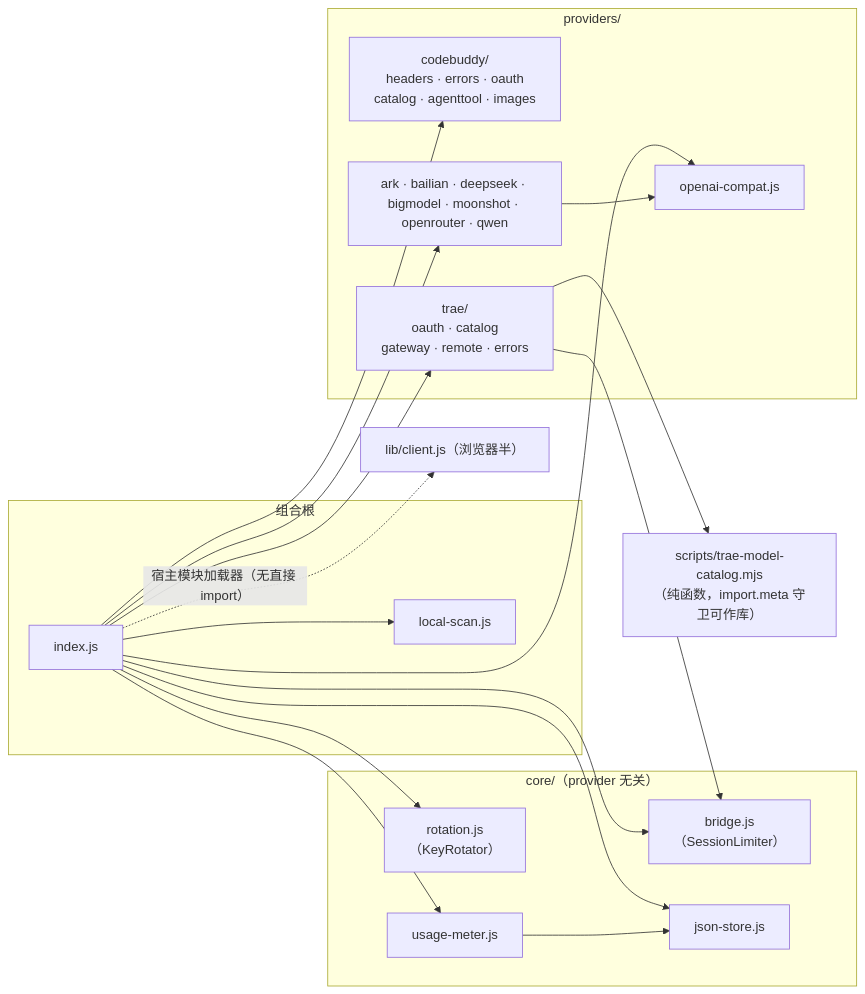
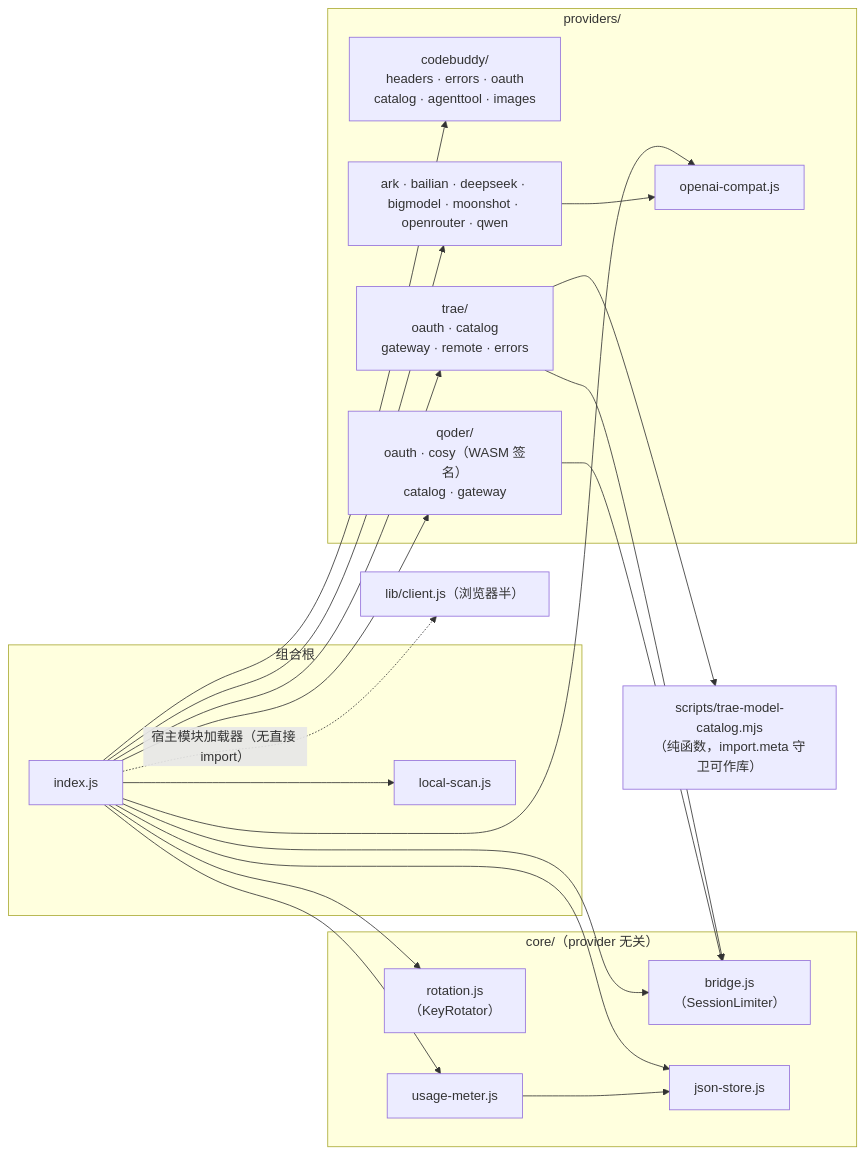
The diagram in wiki/09-run-and-test.md (taikaikaikai-pixel/dsh-codebuddy-plugin), drawn with Mermaid before and after one commit. The commit also changed other lines of this file and 8 other files, not shown here.

````diff
--- a/wiki/09-run-and-test.md
+++ b/wiki/09-run-and-test.md
@@ -88,36 +90,39 @@
 ```mermaid
 flowchart LR
     subgraph ROOT["组合根"]
         INDEX["index.js"]
         LOCAL["local-scan.js"]
     end
     subgraph CORE["core/（provider 无关）"]
         BRIDGE["bridge.js<br/>（SessionLimiter）"]
         ROT["rotation.js<br/>（KeyRotator）"]
         METER["usage-meter.js"]
         JS["json-store.js"]
     end
     subgraph PROV["providers/"]
         CB["codebuddy/<br/>headers · errors · oauth<br/>catalog · agenttool · images"]
         TR["trae/<br/>oauth · catalog<br/>gateway · remote · errors"]
+        QO["qoder/<br/>oauth · cosy（WASM 签名）<br/>catalog · gateway"]
         OC["openai-compat.js"]
         PRE["ark · bailian · deepseek · bigmodel · moonshot · openrouter · qwen"]
     end
     SCRIPT["scripts/trae-model-catalog.mjs<br/>（纯函数，import.meta 守卫可作库）"]
     CLIENT["lib/client.js（浏览器半）"]
 
     INDEX --> JS
     INDEX --> ROT
     INDEX --> METER
     INDEX --> BRIDGE
     INDEX --> CB
     INDEX --> TR
+    INDEX --> QO
     INDEX --> OC
     INDEX --> PRE
     INDEX --> LOCAL
     METER --> JS
     TR --> BRIDGE
+    QO --> BRIDGE
     TR --> SCRIPT
     PRE --> OC
     INDEX -.->|"宿主模块加载器（无直接 import）"| CLIENT
 ```
````
